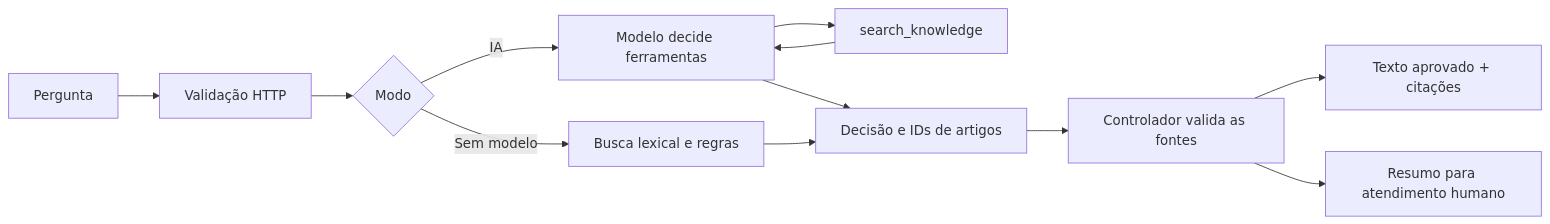
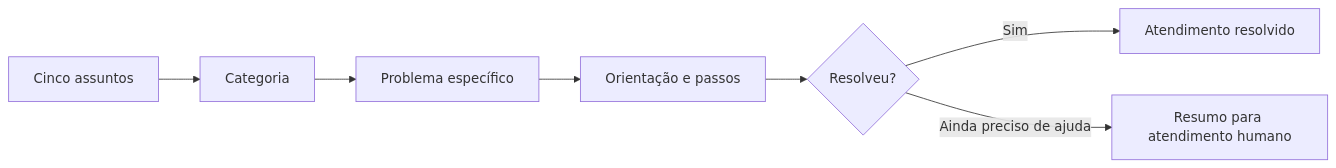
Before and after one commit to ArthurMoury/nexo-suporte-ia: the diagram in README.md, drawn with Mermaid. The commit also changed other lines of this file and 14 other files, not shown here.

````diff
--- a/README.md
+++ b/README.md
@@ -50,14 +27,9 @@
 ```mermaid
 flowchart LR
-    A[Pergunta] --> B[Validação HTTP]
-    B --> C{Modo}
-    C -->|IA| D[Modelo decide ferramentas]
-    D --> E[search_knowledge]
-    E --> D
-    D --> F[Decisão e IDs de artigos]
-    C -->|Sem modelo| G[Busca lexical e regras]
-    G --> F
-    F --> H[Controlador valida as fontes]
-    H --> I[Texto aprovado + citações]
-    H --> J[Resumo para atendimento humano]
+    A[Cinco assuntos] --> B[Categoria]
+    B --> C[Problema específico]
+    C --> D[Orientação e passos]
+    D --> E{Resolveu?}
+    E -->|Sim| F[Atendimento resolvido]
+    E -->|Ainda preciso de ajuda| G[Resumo para atendimento humano]
 ```
````
